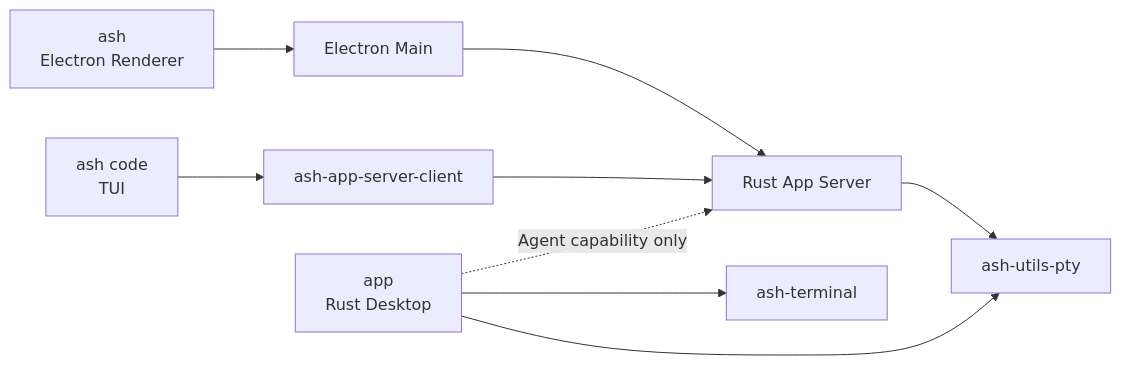
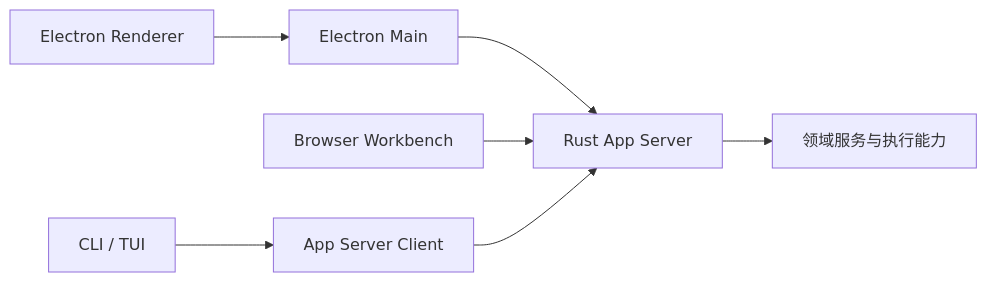
One commit to chogng/ash changed the diagram in docs/product-lines.md. Above: the diagram before and after it, drawn with Mermaid. The commit also changed other lines of this file and 12297 other files, not shown here.

````diff
--- a/docs/product-lines.md
+++ b/docs/product-lines.md
@@ -26,11 +12,9 @@
 ```mermaid
 flowchart LR
-    Code["ash code\nTUI"] --> Client["ash-app-server-client"]
-    Desktop["ash\nElectron Renderer"] --> Main["Electron Main"]
-    Main --> Server["Rust App Server"]
+    Desktop[Electron Renderer] --> Main[Electron Main]
+    Main --> Server[Rust App Server]
+    Web[Browser Workbench] --> Server
+    CLI[CLI / TUI] --> Client[App Server Client]
     Client --> Server
-    Server --> Pty["ash-utils-pty"]
-    Term["app\nRust Desktop"] --> Core["ash-terminal"]
-    Term --> Pty
-    Term -. "Agent capability only" .-> Server
+    Server --> Domains[领域服务与执行能力]
 ```
````
